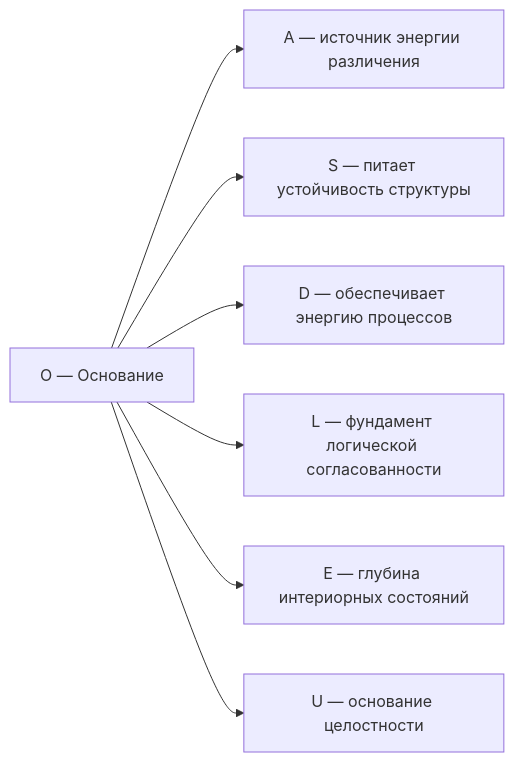
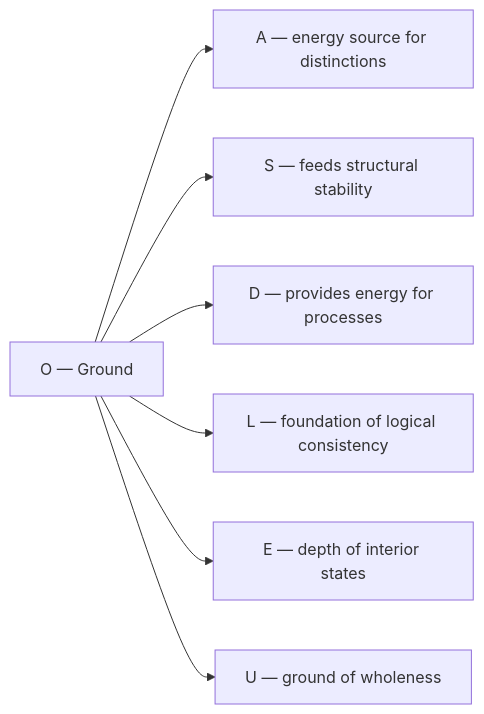
One commit to gst-st/uhm changed the diagram in website/docs/core/structure/dimension-o.md. Above: the diagram before and after it, drawn with Mermaid. The commit also changed other lines of this file and 25 other files, not shown here.

````diff
--- a/website/docs/core/structure/dimension-o.md
+++ b/website/docs/core/structure/dimension-o.md
@@ -406,9 +406,9 @@
 ```mermaid
 graph LR
-    O[O — Основание] --> A[A — источник энергии различения]
-    O --> S[S — питает устойчивость структуры]
-    O --> D[D — обеспечивает энергию процессов]
-    O --> L[L — фундамент логической согласованности]
-    O --> E[E — глубина интериорных состояний]
-    O --> U[U — основание целостности]
+    O[O — Ground] --> A[A — energy source for distinctions]
+    O --> S[S — feeds structural stability]
+    O --> D[D — provides energy for processes]
+    O --> L[L — foundation of logical consistency]
+    O --> E[E — depth of interior states]
+    O --> U[U — ground of wholeness]
 ```
````
